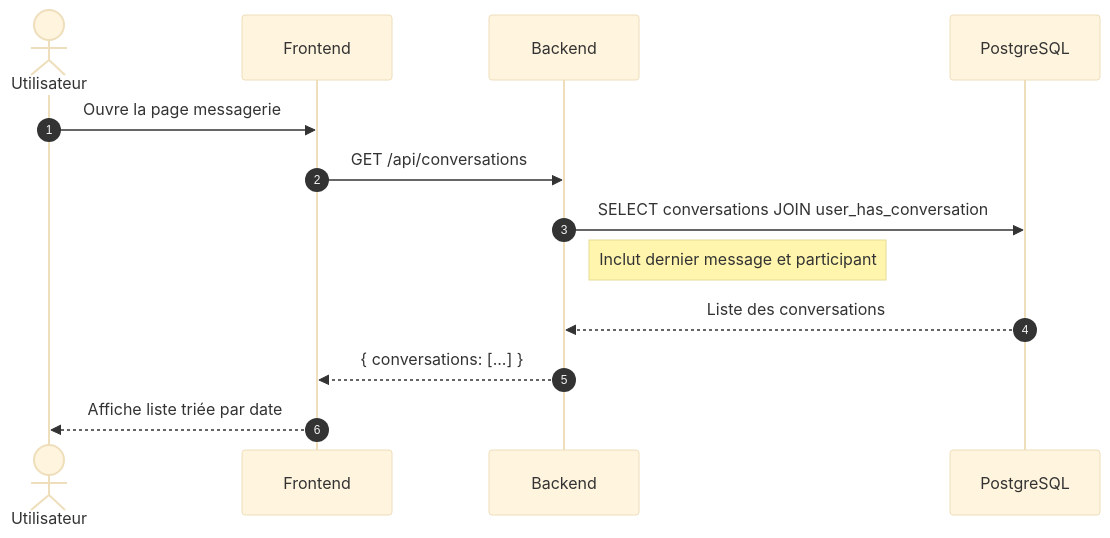
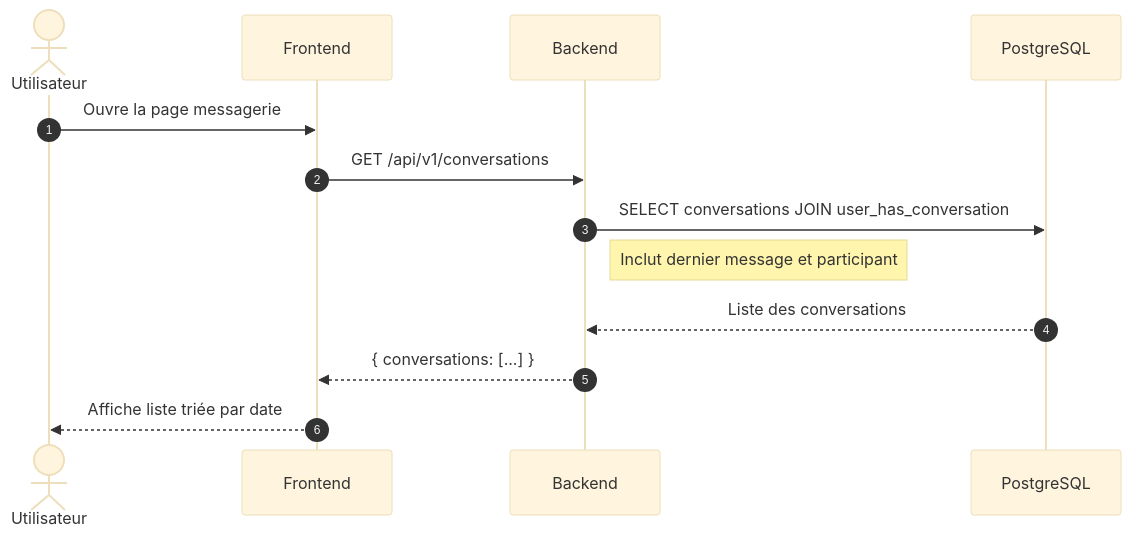
One commit to Sojeremy/documentation-skillswap changed the third of 3 diagrams in docs/documentation-implementation/arc42/06-runtime/messaging.md. Above: the diagram before and after it, drawn with Mermaid (base theme). The commit also changed other lines of this file and 5 other files, not shown here.

First line of the commit message:
docs(arc42): aligner les Mermaid sur le préfixe /api/v1/ et le chemin /profiles (axe 3 / commit 1)

````diff
--- a/docs/documentation-implementation/arc42/06-runtime/messaging.md
+++ b/docs/documentation-implementation/arc42/06-runtime/messaging.md
@@ -77,16 +77,16 @@
 ```mermaid
 sequenceDiagram
     autonumber
     actor U as Utilisateur
     participant F as Frontend
     participant B as Backend
     participant DB as PostgreSQL
 
     U->>F: Ouvre la page messagerie
-    F->>B: GET /api/conversations
+    F->>B: GET /api/v1/conversations
     B->>DB: SELECT conversations JOIN user_has_conversation
     Note right of B: Inclut dernier message et participant
     DB-->>B: Liste des conversations
     B-->>F: { conversations: [...] }
     F-->>U: Affiche liste triée par date
 ```
````
